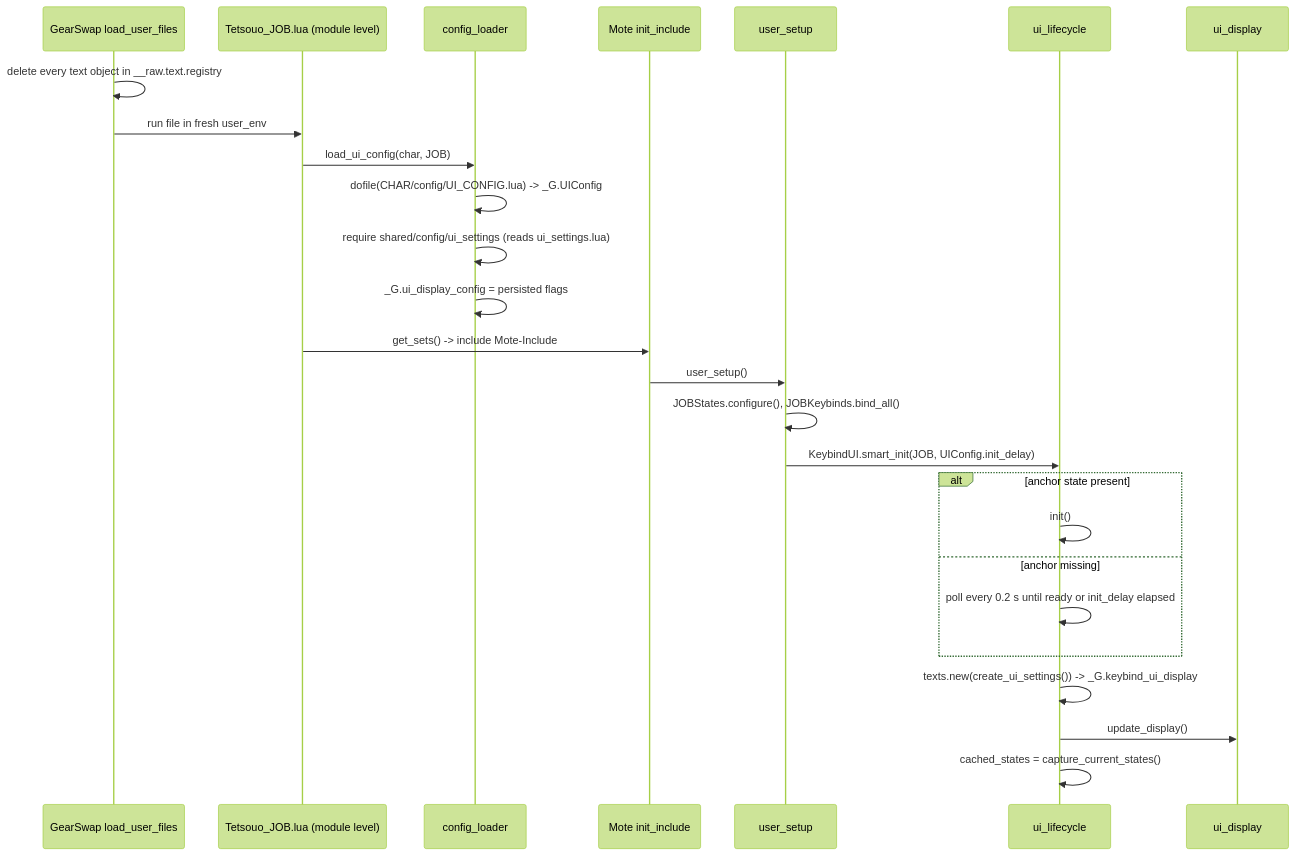
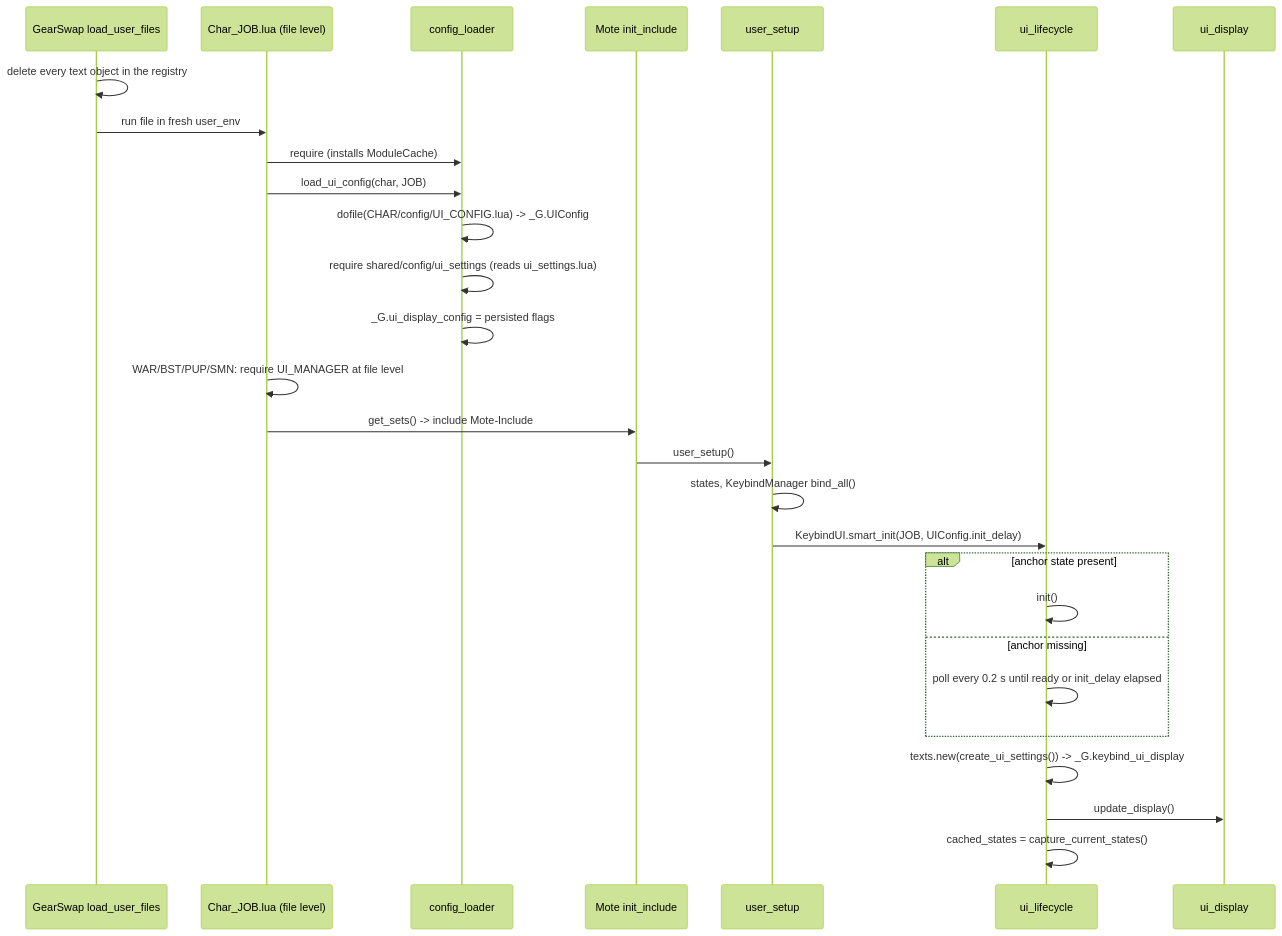
Before and after one commit to ejouanchicot/Gearswap: the first of 5 diagrams in docs/dev/systems/ui-overlay.md, drawn with Mermaid (forest theme). The commit also changed other lines of this file and 14 other files, not shown here.

First line of the commit message:
docs(dev): re-verify systems and architecture pages against the code

````diff
--- a/docs/dev/systems/ui-overlay.md
+++ b/docs/dev/systems/ui-overlay.md
@@ -59,28 +67,30 @@
 ```mermaid
 sequenceDiagram
     participant GS as GearSwap load_user_files
-    participant Entry as Tetsouo_JOB.lua (module level)
+    participant Entry as Char_JOB.lua (file level)
     participant CL as config_loader
     participant Mote as Mote init_include
     participant US as user_setup
     participant LC as ui_lifecycle
     participant D as ui_display
-    GS->>GS: delete every text object in __raw.text.registry
+    GS->>GS: delete every text object in the registry
     GS->>Entry: run file in fresh user_env
+    Entry->>CL: require (installs ModuleCache)
     Entry->>CL: load_ui_config(char, JOB)
     CL->>CL: dofile(CHAR/config/UI_CONFIG.lua) -> _G.UIConfig
     CL->>CL: require shared/config/ui_settings (reads ui_settings.lua)
     CL->>CL: _G.ui_display_config = persisted flags
+    Entry->>Entry: WAR/BST/PUP/SMN: require UI_MANAGER at file level
     Entry->>Mote: get_sets() -> include Mote-Include
     Mote->>US: user_setup()
-    US->>US: JOBStates.configure(), JOBKeybinds.bind_all()
+    US->>US: states, KeybindManager bind_all()
     US->>LC: KeybindUI.smart_init(JOB, UIConfig.init_delay)
     alt anchor state present
         LC->>LC: init()
     else anchor missing
         LC->>LC: poll every 0.2 s until ready or init_delay elapsed
     end
     LC->>LC: texts.new(create_ui_settings()) -> _G.keybind_ui_display
     LC->>D: update_display()
     LC->>LC: cached_states = capture_current_states()
 ```
````
